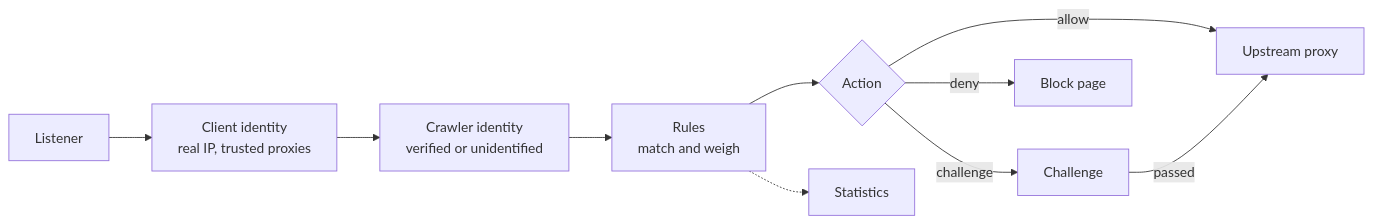
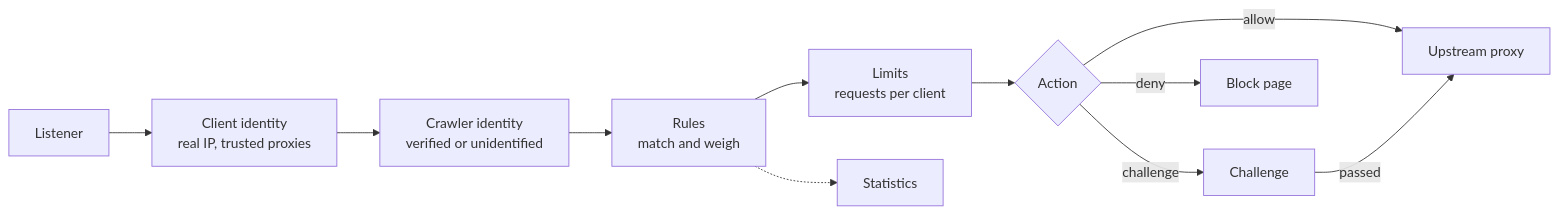
One commit to MaMoja/xibalba changed the second of 2 diagrams in docs/ARCHITECTURE.md. Above: the diagram before and after it, drawn with Mermaid. The commit also changed other lines of this file and 25 other files, not shown here.

First line of the commit message:
M5 (part 1): request limits per client, with exempt addresses

````diff
--- a/docs/ARCHITECTURE.md
+++ b/docs/ARCHITECTURE.md
@@ -146,12 +150,13 @@
 ```mermaid
 flowchart LR
     L[Listener] --> CI[Client identity<br>real IP, trusted proxies]
     CI --> ID[Crawler identity<br>verified or unidentified]
     ID --> RU[Rules<br>match and weigh]
-    RU --> AC{Action}
+    RU --> LI[Limits<br>requests per client]
+    LI --> AC{Action}
     AC -->|allow| UP[Upstream proxy]
     AC -->|challenge| CH[Challenge]
     AC -->|deny| BL[Block page]
     CH -->|passed| UP
     RU -.-> ST[Statistics]
 ```
````
